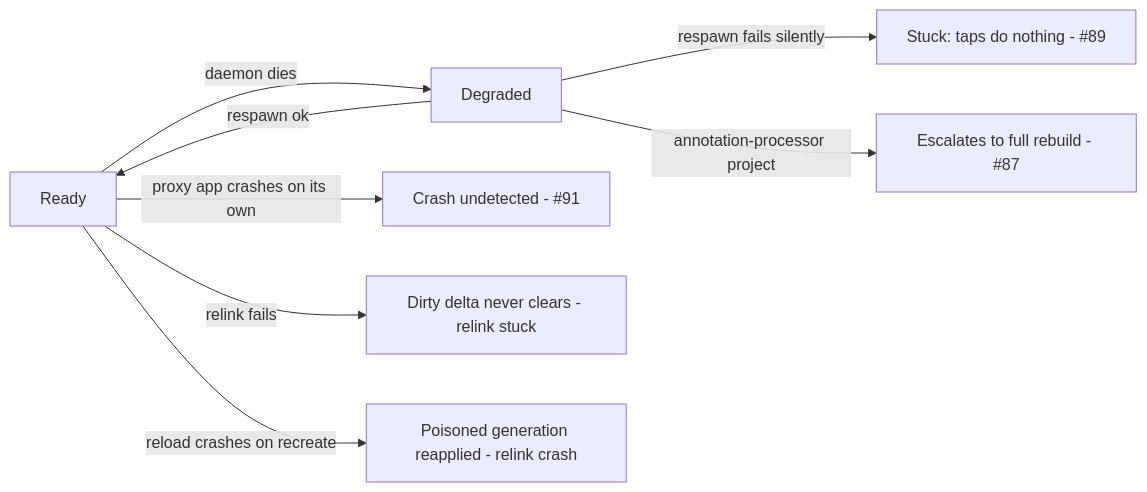
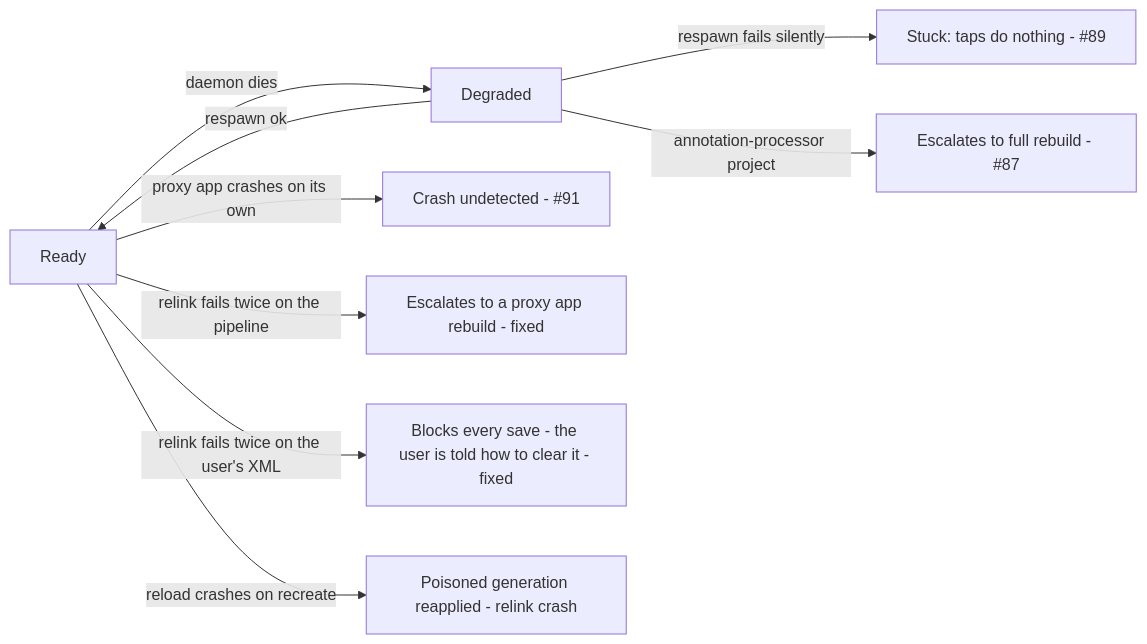
One commit to appdevforall/CodeOnTheGo changed the diagram in quickbuild/docs/reliability-gaps.md. Above: the diagram before and after it, drawn with Mermaid. The commit also changed other lines of this file and 11 other files, not shown here.

````diff
--- a/quickbuild/docs/reliability-gaps.md
+++ b/quickbuild/docs/reliability-gaps.md
@@ -24,10 +25,11 @@
 ```mermaid
 flowchart LR
     A[Ready] -->|daemon dies| E[Degraded]
     E -->|respawn ok| A
     E -->|respawn fails silently| F["Stuck: taps do nothing - #89"]
     E -->|annotation-processor project| H["Escalates to full rebuild - #87"]
     A -->|proxy app crashes on its own| G["Crash undetected - #91"]
-    A -->|relink fails| W["Dirty delta never clears - relink stuck"]
+    A -->|relink fails twice on the pipeline| V["Escalates to a proxy app rebuild - fixed"]
+    A -->|relink fails twice on the user's XML| W["Blocks every save - the user is told how to clear it - fixed"]
     A -->|reload crashes on recreate| P["Poisoned generation reapplied - relink crash"]
 ```
````
